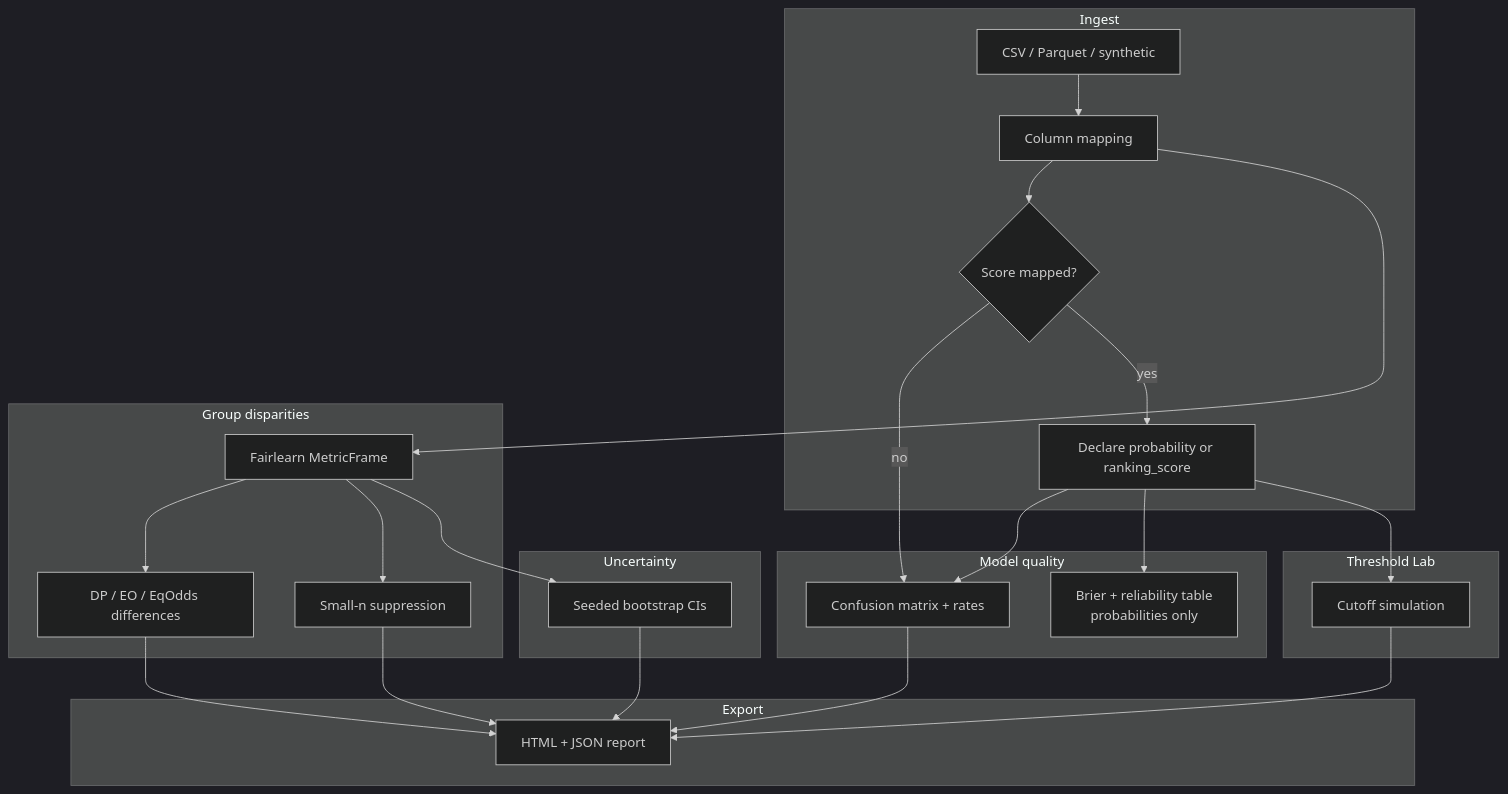
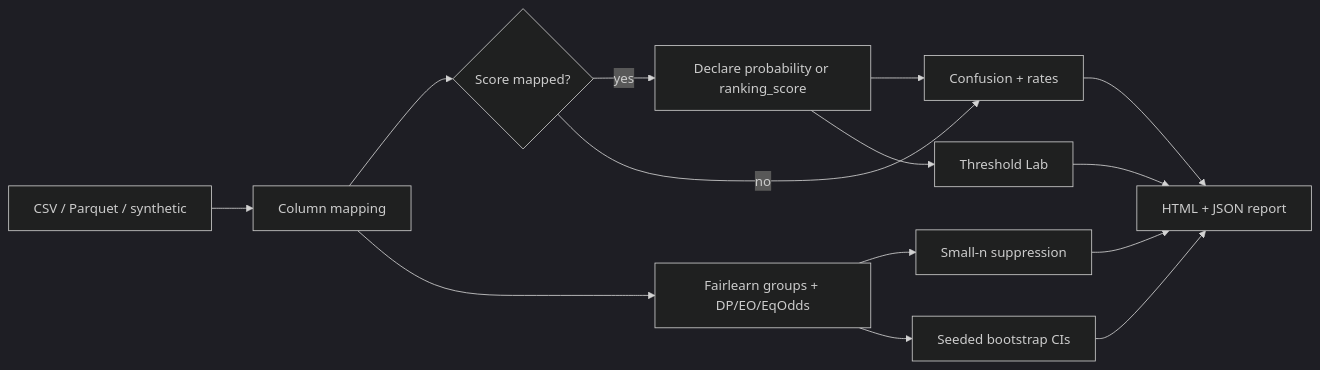
Before and after one commit to hasanhuseyinyetkiner/fairhire-audit: the second of 2 diagrams in README.md, drawn with Mermaid (dark theme). The commit also changed other lines of this file and 10 other files, not shown here.

````diff
--- a/README.md
+++ b/README.md
@@ -55,40 +147,16 @@
 ```mermaid
-flowchart TB
-  subgraph ingest [Ingest]
-    U[CSV / Parquet / synthetic]
-    M[Column mapping]
-    S{Score mapped?}
-    G[Declare probability or ranking_score]
-  end
-  subgraph quality [Model quality]
-    CM[Confusion matrix + rates]
-    BR[Brier + reliability table<br/>probabilities only]
-  end
-  subgraph groups [Group disparities]
-    MF[Fairlearn MetricFrame]
-    DIFF[DP / EO / EqOdds differences]
-    SUP[Small-n suppression]
-  end
-  subgraph uncertainty [Uncertainty]
-    BS[Seeded bootstrap CIs]
-  end
-  subgraph lab [Threshold Lab]
-    TH[Cutoff simulation]
-  end
-  subgraph out [Export]
-    R[HTML + JSON report]
-  end
-  U --> M --> S
-  S -->|no| CM
-  S -->|yes| G --> CM
-  G --> BR
-  M --> MF --> DIFF
-  MF --> SUP
-  MF --> BS
-  G --> TH
-  CM --> R
-  DIFF --> R
-  BS --> R
-  TH --> R
-  SUP --> R
+flowchart LR
+  U[CSV / Parquet / synthetic] --> M[Column mapping]
+  M --> S{Score mapped?}
+  S -->|yes| G[Declare probability or ranking_score]
+  S -->|no| Q[Confusion + rates]
+  G --> Q
+  G --> T[Threshold Lab]
+  M --> F[Fairlearn groups + DP/EO/EqOdds]
+  F --> N[Small-n suppression]
+  F --> B[Seeded bootstrap CIs]
+  Q --> R[HTML + JSON report]
+  N --> R
+  B --> R
+  T --> R
 ```
````
